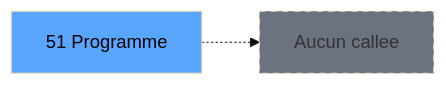
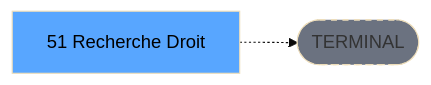
One commit to thonyAGP/lecteur-magic changed the third of 3 diagrams in .openspec/renders/ADH-IDE-51.md. Above: the diagram before and after it, drawn with Mermaid (base theme). The commit also changed other lines of this file and 701 other files, not shown here.

````diff
--- a/.openspec/renders/ADH-IDE-51.md
+++ b/.openspec/renders/ADH-IDE-51.md
@@ -125,8 +134,8 @@
 ```mermaid
 graph LR
-    T[51 Programme]
-    NONE[Aucun callee]
-    T -.-> NONE
+    T[51 Recherche Droit]
+    TERM([TERMINAL])
+    T -.-> TERM
+    style TERM fill:#6b7280,stroke-dasharray: 5 5
     style T fill:#58a6ff,color:#000
-    style NONE fill:#6b7280,stroke-dasharray: 5 5
 ```
````
